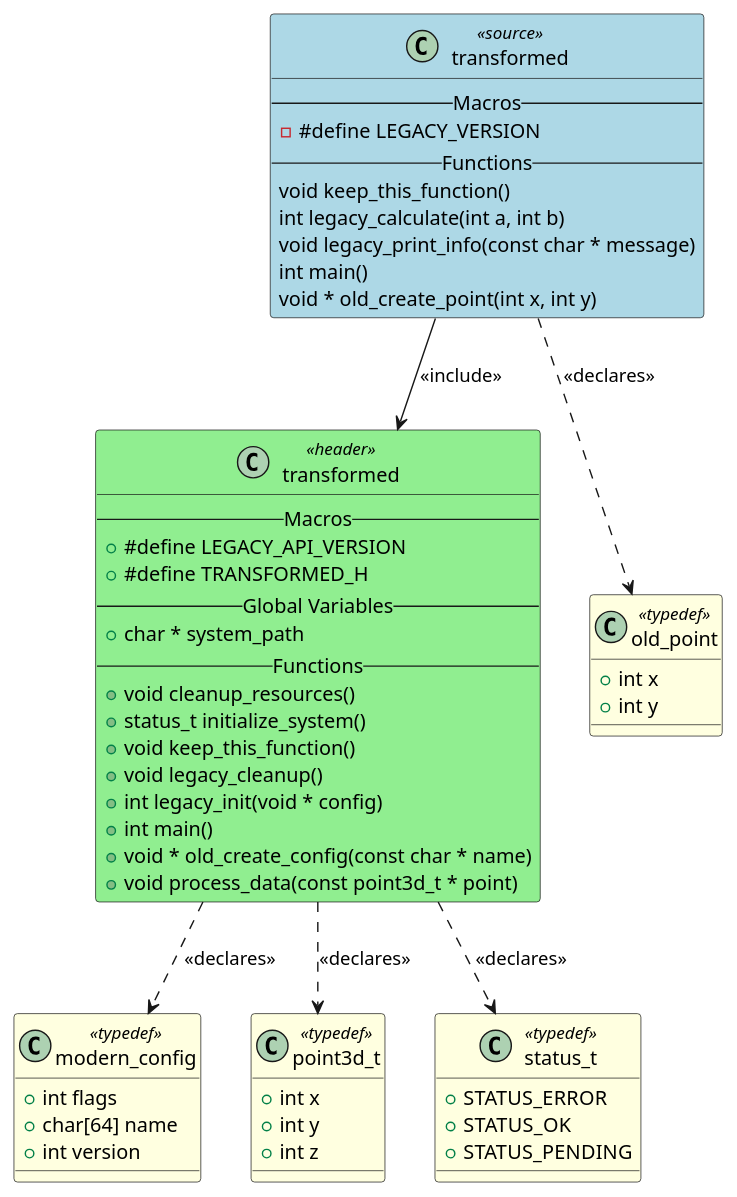
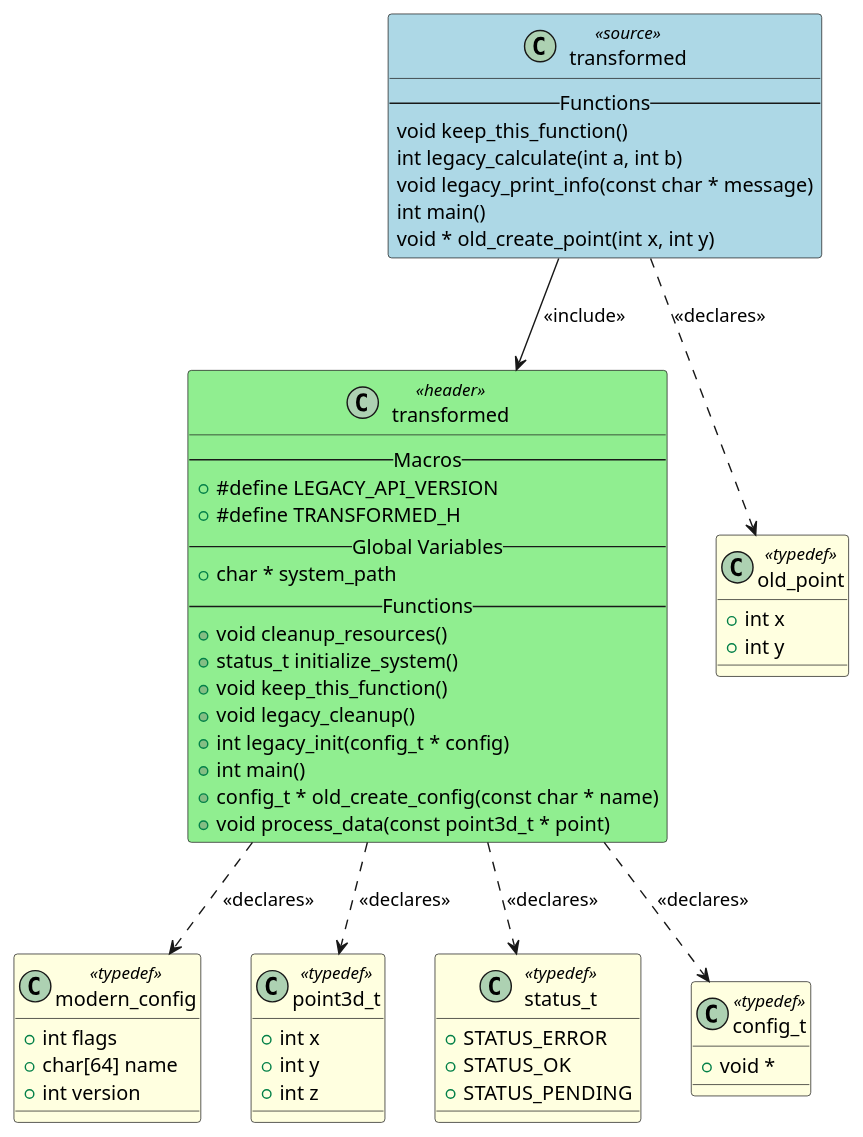
One commit to fischerjooo/c2puml changed the diagram in artifacts/output_example/transformed.puml. Above: the diagram before and after it, drawn with PlantUML. The commit also changed 27 other files, not shown here.

```diff
--- a/artifacts/output_example/transformed.puml
+++ b/artifacts/output_example/transformed.puml
@@ -1,72 +1,76 @@
 @startuml transformed
 
 class "transformed" as TRANSFORMED <<source>> #LightBlue
 {
-    -- Macros --
-    - #define LEGACY_VERSION
     -- Functions --
     void keep_this_function()
     int legacy_calculate(int a, int b)
     void legacy_print_info(const char * message)
     int main()
     void * old_create_point(int x, int y)
 }
 
 class "transformed" as HEADER_TRANSFORMED <<header>> #LightGreen
 {
     -- Macros --
     + #define LEGACY_API_VERSION
     + #define TRANSFORMED_H
     -- Global Variables --
     + char * system_path
     -- Functions --
     + void cleanup_resources()
     + status_t initialize_system()
     + void keep_this_function()
     + void legacy_cleanup()
-    + int legacy_init(void * config)
+    + int legacy_init(config_t * config)
     + int main()
-    + void * old_create_config(const char * name)
+    + config_t * old_create_config(const char * name)
     + void process_data(const point3d_t * point)
 }
 
 class "old_point" as TYPEDEF_OLD_POINT <<typedef>> #LightYellow
 {
     + int x
     + int y
 }
 
 class "modern_config" as TYPEDEF_MODERN_CONFIG <<typedef>> #LightYellow
 {
     + int flags
     + char[64] name
     + int version
 }
 
 class "point3d_t" as TYPEDEF_POINT3D_T <<typedef>> #LightYellow
 {
     + int x
     + int y
     + int z
 }
 
 class "status_t" as TYPEDEF_STATUS_T <<typedef>> #LightYellow
 {
     + STATUS_ERROR
     + STATUS_OK
     + STATUS_PENDING
 }
 
+class "config_t" as TYPEDEF_CONFIG_T <<typedef>> #LightYellow
+{
+    + void *
+}
+
 
 ' Include relationships
 TRANSFORMED --> HEADER_TRANSFORMED : <<include>>
 
 ' Declaration relationships
 TRANSFORMED ..> TYPEDEF_OLD_POINT : <<declares>>
 HEADER_TRANSFORMED ..> TYPEDEF_MODERN_CONFIG : <<declares>>
 HEADER_TRANSFORMED ..> TYPEDEF_POINT3D_T : <<declares>>
 HEADER_TRANSFORMED ..> TYPEDEF_STATUS_T : <<declares>>
+HEADER_TRANSFORMED ..> TYPEDEF_CONFIG_T : <<declares>>
 
 ' Uses relationships
 
 @enduml
```
